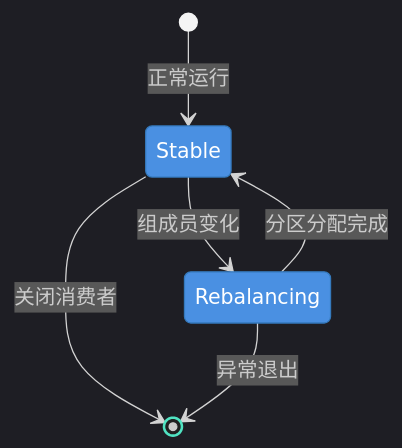
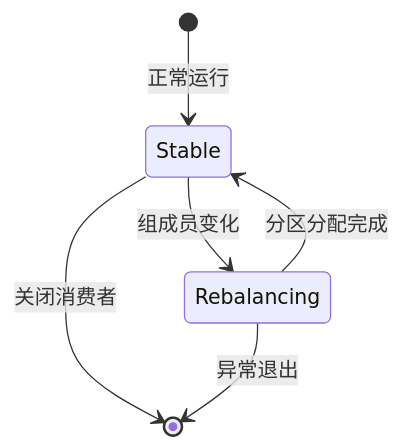
The seventh of 15 diagrams in 中间件/消息队列/kafka/第2章-核心原理.md (dd-xiaozhi/study-notes), drawn with Mermaid before and after one commit. The commit also changed other lines of this file and 45 other files, not shown here.

````diff
--- a/中间件/消息队列/kafka/第2章-核心原理.md
+++ b/中间件/消息队列/kafka/第2章-核心原理.md
@@ -436,29 +389,22 @@
 ```mermaid
-%%{init: {'theme': 'dark', 'themeVariables': {
+%%{ init: { 'theme': 'dark', 'themeVariables': {
     'primaryColor': '#4A90E2',
     'primaryTextColor': '#fff',
     'primaryBorderColor': '#357ABD',
     'lineColor': '#50E3C2',
     'secondaryColor': '#66BB6A',
     'tertiaryColor': '#9575CD',
     'noteBkgColor': '#2C3E50',
     'noteTextColor': '#ECF0F1',
     'actorBkg': '#4A90E2',
     'actorBorder': '#357ABD',
     'signalColor': '#50E3C2',
     'signalTextColor': '#fff'
-}}}%%
+} }%%
 stateDiagram-v2
-    classDef primary fill:#4A90E2,stroke:#357ABD,color:#fff
-    classDef success fill:#66BB6A,stroke:#4CAF50,color:#fff
-    classDef warning fill:#FFA726,stroke:#FB8C00,color:#fff
-    classDef danger fill:#EF5350,stroke:#E53935,color:#fff
-    classDef purple fill:#9575CD,stroke:#7E57C2,color:#fff
-    classDef cyan fill:#4DD0E1,stroke:#26C6DA,color:#fff
     [*] --> Stable: 正常运行
     Stable --> Rebalancing: 组成员变化
     Rebalancing --> Stable: 分区分配完成
     Stable --> [*]: 关闭消费者
     Rebalancing --> [*]: 异常退出
-    class Stable,Rebalancing primary
 ```
````
